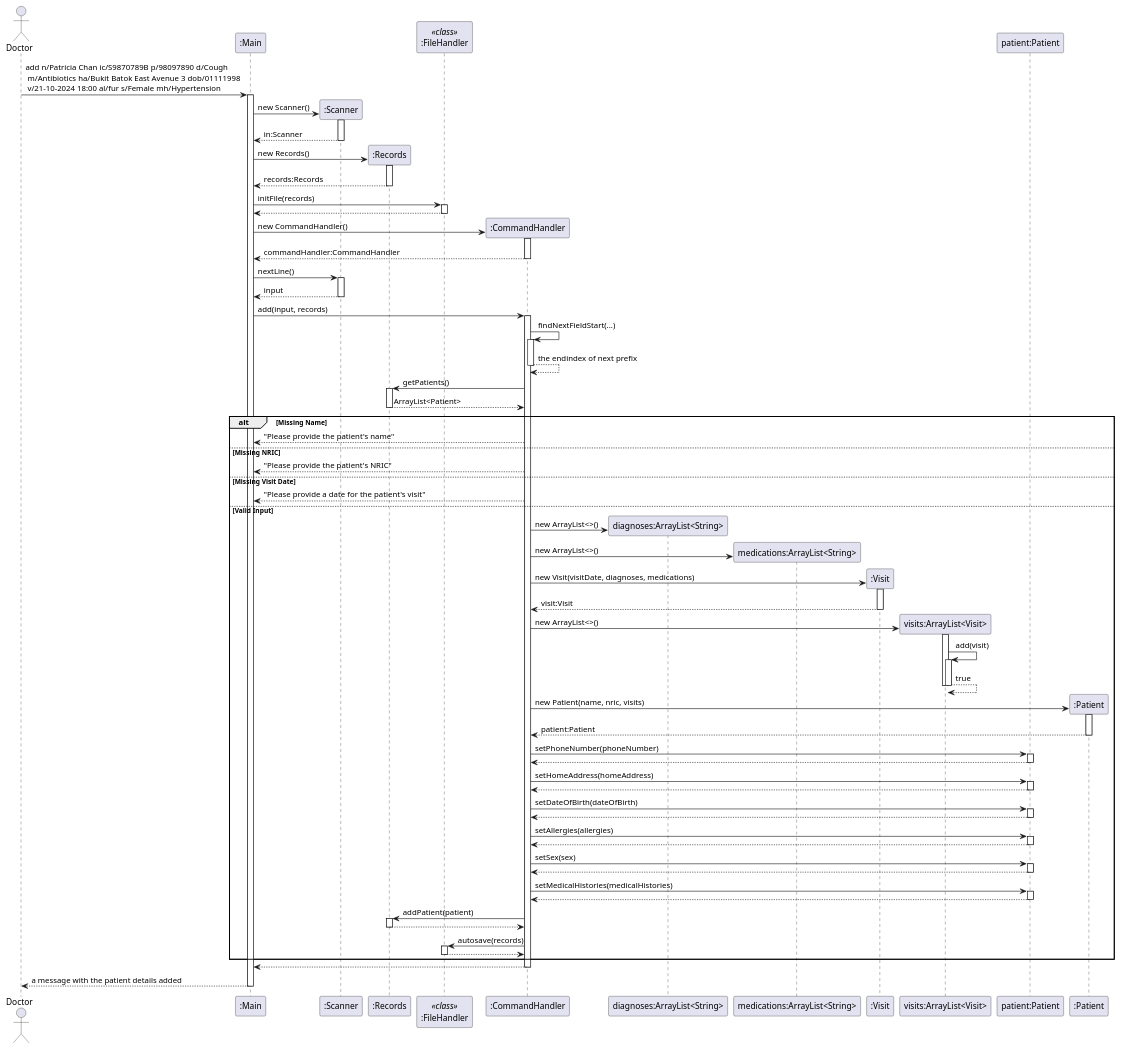
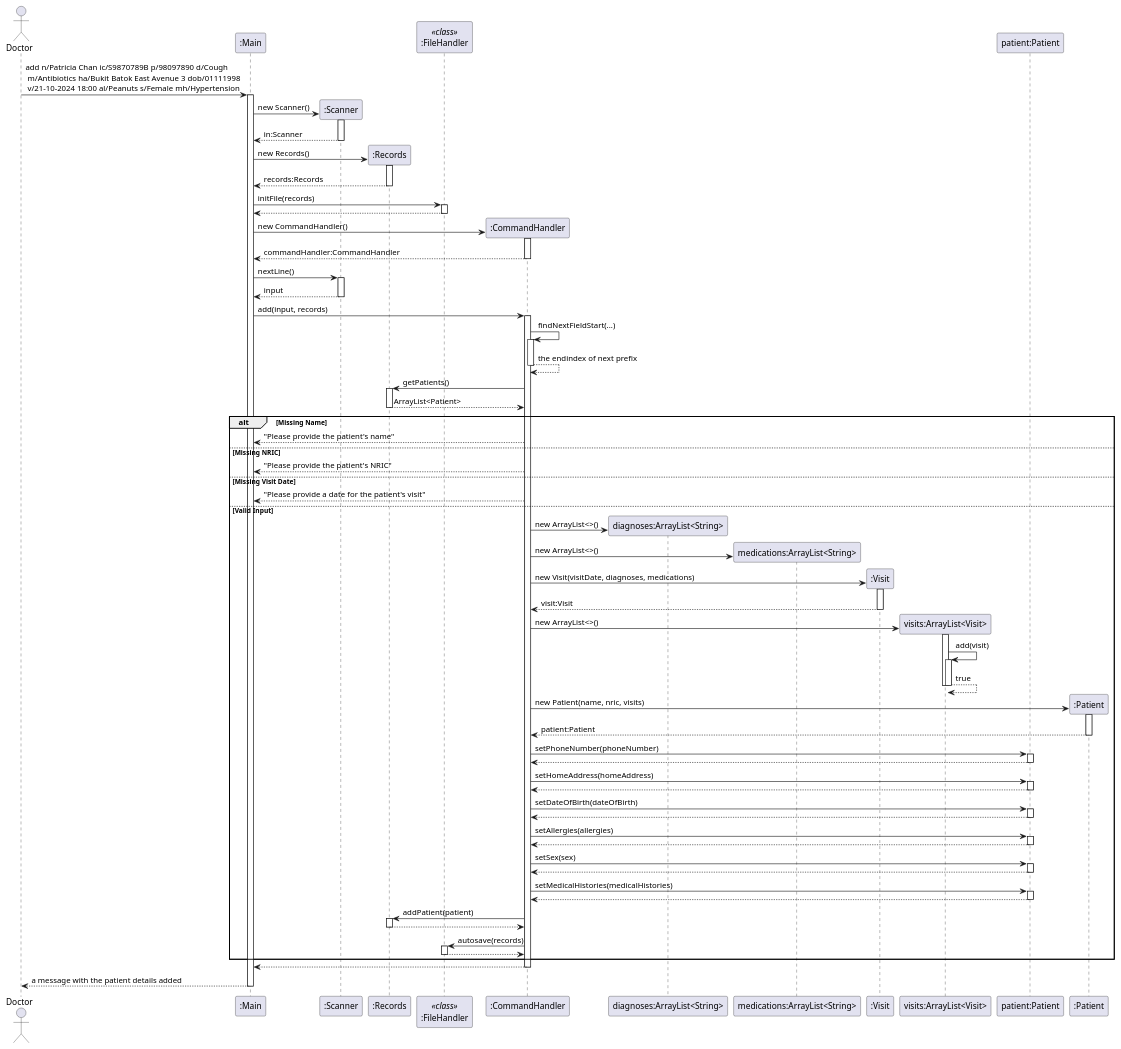
The diagram in docs/NewPatientSequenceDiagram.puml (yentheng0110/tp), drawn with PlantUML before and after one commit. The commit also changed 2 other files, not shown here.

```diff
--- a/docs/NewPatientSequenceDiagram.puml
+++ b/docs/NewPatientSequenceDiagram.puml
@@ -1,96 +1,96 @@
 @startuml
 actor Doctor
 
-Doctor -> ":Main" ++: add n/Patricia Chan ic/S9870789B p/98097890 d/Cough\n m/Antibiotics ha/Bukit Batok East Avenue 3 dob/01111998\n v/21-10-2024 18:00 al/fur s/Female mh/Hypertension
+Doctor -> ":Main" ++: add n/Patricia Chan ic/S9870789B p/98097890 d/Cough\n m/Antibiotics ha/Bukit Batok East Avenue 3 dob/01111998\n v/21-10-2024 18:00 al/Peanuts s/Female mh/Hypertension
 
 ":Main" -> ":Scanner"**: new Scanner()
 activate ":Scanner"
 ":Main" <-- ":Scanner": in:Scanner
 deactivate ":Scanner"
 
 ":Main" -> ":Records"**: new Records()
 activate ":Records"
 ":Main" <-- ":Records": records:Records
 deactivate ":Records"
 
 participant ":FileHandler" as FileHandler <<class>>
 
 ":Main" -> FileHandler ++: initFile(records)
 return
 
 ":Main" -> ":CommandHandler"**: new CommandHandler()
 activate ":CommandHandler"
 ":Main" <-- ":CommandHandler": commandHandler:CommandHandler
 deactivate ":CommandHandler"
 
 ":Main" -> ":Scanner" ++: nextLine()
 return input
 
 ":Main" -> ":CommandHandler" ++: add(input, records)
 
 ":CommandHandler" -> ":CommandHandler" ++: findNextFieldStart(...)
 return the endindex of next prefix
 
 ":CommandHandler" -> ":Records" ++: getPatients()
 ":CommandHandler" <-- ":Records": ArrayList<Patient>
 deactivate ":Records"
 
 alt Missing Name
     ":CommandHandler" --> ":Main": "Please provide the patient's name"
 else Missing NRIC
     ":CommandHandler" --> ":Main": "Please provide the patient's NRIC"
 else Missing Visit Date
     ":CommandHandler" --> ":Main": "Please provide a date for the patient's visit"
 else Valid Input
     create "diagnoses:ArrayList<String>"
     ":CommandHandler" -> "diagnoses:ArrayList<String>"**: new ArrayList<>()
 
     create "medications:ArrayList<String>"
     ":CommandHandler" -> "medications:ArrayList<String>"**: new ArrayList<>()
 
     ":CommandHandler" -> ":Visit"**: new Visit(visitDate, diagnoses, medications)
     activate ":Visit"
     ":CommandHandler" <-- ":Visit": visit:Visit
     deactivate ":Visit"
 
     create "visits:ArrayList<Visit>"
     ":CommandHandler" -> "visits:ArrayList<Visit>"**: new ArrayList<>()
     activate "visits:ArrayList<Visit>"
     "visits:ArrayList<Visit>" -> "visits:ArrayList<Visit>" ++: add(visit)
     return true
     deactivate "visits:ArrayList<Visit>"
 
     participant "patient:Patient"
 
     ":CommandHandler" -> ":Patient"**: new Patient(name, nric, visits)
     activate ":Patient"
     ":CommandHandler" <-- ":Patient": patient:Patient
     deactivate ":Patient"
 
     ":CommandHandler" -> "patient:Patient" ++: setPhoneNumber(phoneNumber)
     return
     ":CommandHandler" -> "patient:Patient" ++: setHomeAddress(homeAddress)
     return
     ":CommandHandler" -> "patient:Patient" ++: setDateOfBirth(dateOfBirth)
     return
     ":CommandHandler" -> "patient:Patient" ++: setAllergies(allergies)
     return
     ":CommandHandler" -> "patient:Patient" ++: setSex(sex)
     return
     ":CommandHandler" -> "patient:Patient" ++: setMedicalHistories(medicalHistories)
     return
 
     ":CommandHandler" -> ":Records" ++: addPatient(patient)
     return
 
     ":CommandHandler" -> FileHandler ++: autosave(records)
     return
 end
 
 ":Main" <-- ":CommandHandler"
 deactivate ":CommandHandler"
 
 Doctor <-- ":Main": a message with the patient details added
 deactivate ":Main"
 
 @enduml
```
